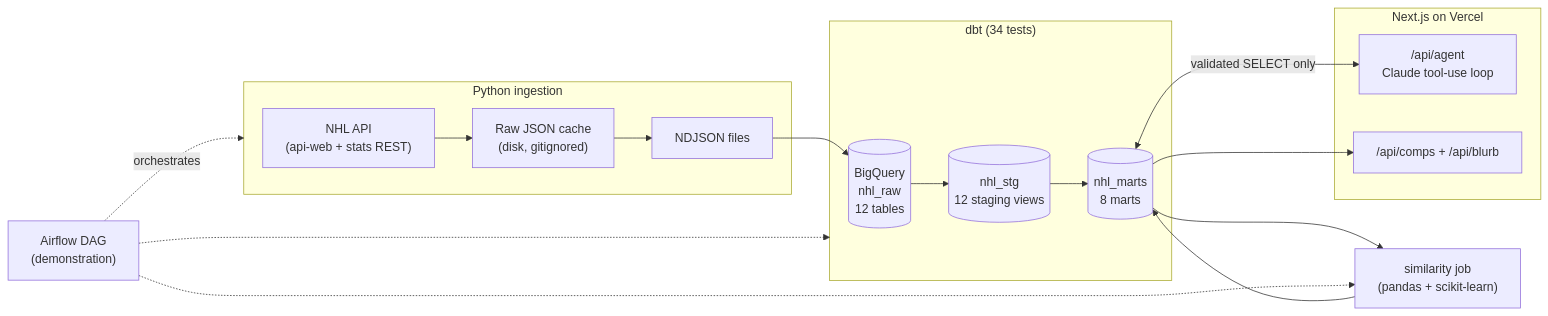
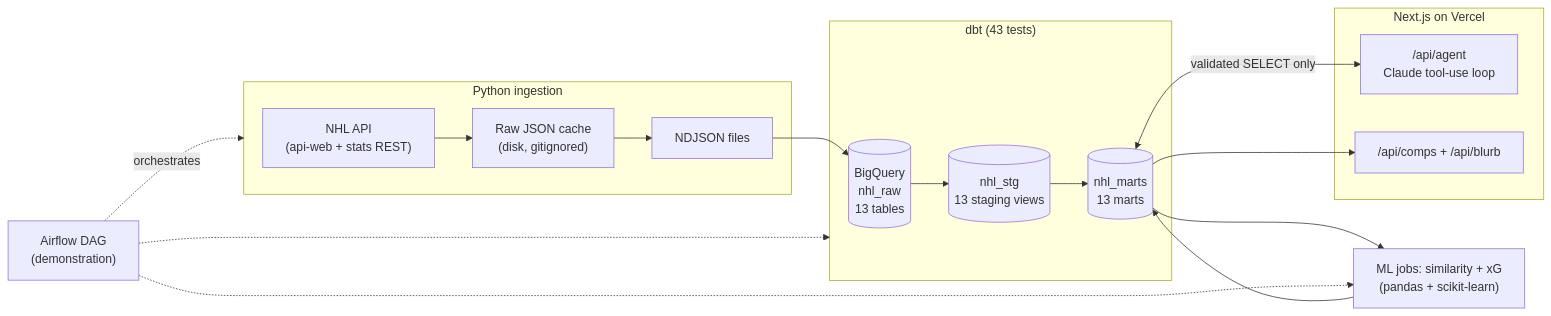
One commit to FakeJenton/hockey-research-agent changed the diagram in README.md. Above: the diagram before and after it, drawn with Mermaid. The commit also changed other lines of this file and 21 other files, not shown here.

````diff
--- a/README.md
+++ b/README.md
@@ -17,29 +17,29 @@
 ```mermaid
 flowchart LR
     subgraph Ingestion["Python ingestion"]
         API["NHL API<br/>(api-web + stats REST)"] --> CACHE["Raw JSON cache<br/>(disk, gitignored)"]
         CACHE --> NDJSON["NDJSON files"]
     end
 
-    NDJSON --> RAW[("BigQuery<br/>nhl_raw<br/>12 tables")]
+    NDJSON --> RAW[("BigQuery<br/>nhl_raw<br/>13 tables")]
 
-    subgraph dbt["dbt (34 tests)"]
-        RAW --> STG[("nhl_stg<br/>12 staging views")]
-        STG --> MARTS[("nhl_marts<br/>8 marts")]
+    subgraph dbt["dbt (43 tests)"]
+        RAW --> STG[("nhl_stg<br/>13 staging views")]
+        STG --> MARTS[("nhl_marts<br/>13 marts")]
     end
 
-    MARTS --> SIM["similarity job<br/>(pandas + scikit-learn)"]
+    MARTS --> SIM["ML jobs: similarity + xG<br/>(pandas + scikit-learn)"]
     SIM --> MARTS
 
     subgraph App["Next.js on Vercel"]
         AGENT["/api/agent<br/>Claude tool-use loop"]
         COMPS["/api/comps + /api/blurb"]
     end
 
     MARTS <--> |"validated SELECT only"| AGENT
     MARTS --> COMPS
 
     AIRFLOW["Airflow DAG<br/>(demonstration)"] -.orchestrates.-> Ingestion
     AIRFLOW -.-> dbt
     AIRFLOW -.-> SIM
 ```
````
